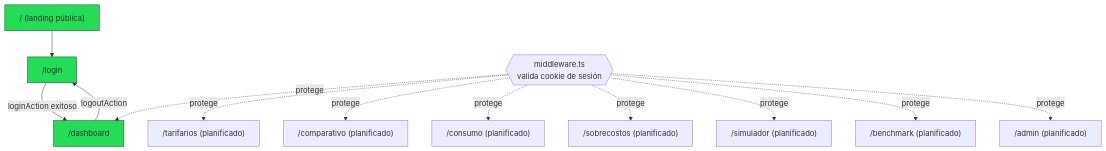
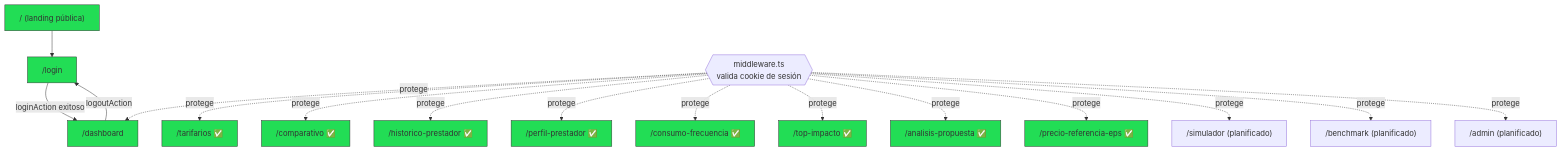
One commit to ingnelsonruiz/Contratacion_Dusakawiepsi changed the first of 2 diagrams in KnowledgeBase/01-Arquitectura/Diagramas.md. Above: the diagram before and after it, drawn with Mermaid. The commit also changed other lines of this file and 16 other files, not shown here.

Commit message:
feat: agregar analisis de propuesta y precio de referencia EPS

````diff
--- a/KnowledgeBase/01-Arquitectura/Diagramas.md
+++ b/KnowledgeBase/01-Arquitectura/Diagramas.md
@@ -27,20 +27,32 @@
 ```mermaid
 graph TD
     Root["/ (landing pública)"] --> Login["/login"]
     Login -->|loginAction exitoso| Dashboard["/dashboard"]
     Middleware{{"middleware.ts<br/>valida cookie de sesión"}}
     Middleware -.protege.-> Dashboard
-    Middleware -.protege.-> Tarifarios["/tarifarios (planificado)"]
-    Middleware -.protege.-> Comparativo["/comparativo (planificado)"]
-    Middleware -.protege.-> Consumo["/consumo (planificado)"]
-    Middleware -.protege.-> Sobrecostos["/sobrecostos (planificado)"]
+    Middleware -.protege.-> Tarifarios["/tarifarios ✅"]
+    Middleware -.protege.-> Comparativo["/comparativo ✅"]
+    Middleware -.protege.-> Historico["/historico-prestador ✅"]
+    Middleware -.protege.-> Perfil["/perfil-prestador ✅"]
+    Middleware -.protege.-> Consumo["/consumo-frecuencia ✅"]
+    Middleware -.protege.-> TopImpacto["/top-impacto ✅"]
+    Middleware -.protege.-> Propuesta["/analisis-propuesta ✅"]
+    Middleware -.protege.-> RefEps["/precio-referencia-eps ✅"]
     Middleware -.protege.-> Simulador["/simulador (planificado)"]
     Middleware -.protege.-> Benchmark["/benchmark (planificado)"]
     Middleware -.protege.-> Admin["/admin (planificado)"]
 
     Dashboard -->|logoutAction| Login
 
     style Dashboard fill:#2d5,stroke:#333
     style Login fill:#2d5,stroke:#333
     style Root fill:#2d5,stroke:#333
+    style Tarifarios fill:#2d5,stroke:#333
+    style Comparativo fill:#2d5,stroke:#333
+    style Historico fill:#2d5,stroke:#333
+    style Perfil fill:#2d5,stroke:#333
+    style Consumo fill:#2d5,stroke:#333
+    style TopImpacto fill:#2d5,stroke:#333
+    style Propuesta fill:#2d5,stroke:#333
+    style RefEps fill:#2d5,stroke:#333
 ```
````
